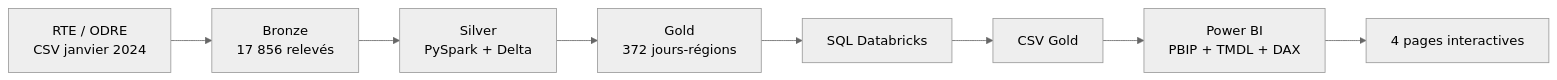
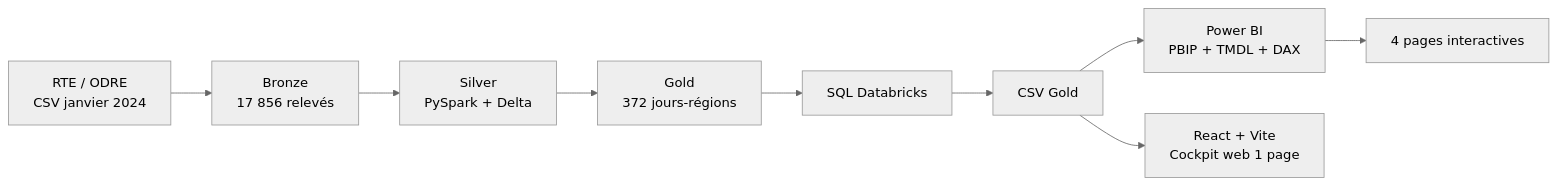
Before and after one commit to sogoyou8/france-electricite-fabric-powerbi: the diagram in README.md, drawn with Mermaid (neutral theme). The commit also changed other lines of this file and 28 other files, not shown here.

````diff
--- a/README.md
+++ b/README.md
@@ -35,10 +43,11 @@
 ```mermaid
 flowchart LR
   A[RTE / ODRE<br/>CSV janvier 2024] --> B[Bronze<br/>17 856 relevés]
   B --> C[Silver<br/>PySpark + Delta]
   C --> D[Gold<br/>372 jours-régions]
   D --> E[SQL Databricks]
   E --> F[CSV Gold]
   F --> G[Power BI<br/>PBIP + TMDL + DAX]
   G --> H[4 pages interactives]
+  F --> I[React + Vite<br/>Cockpit web 1 page]
 ```
````
